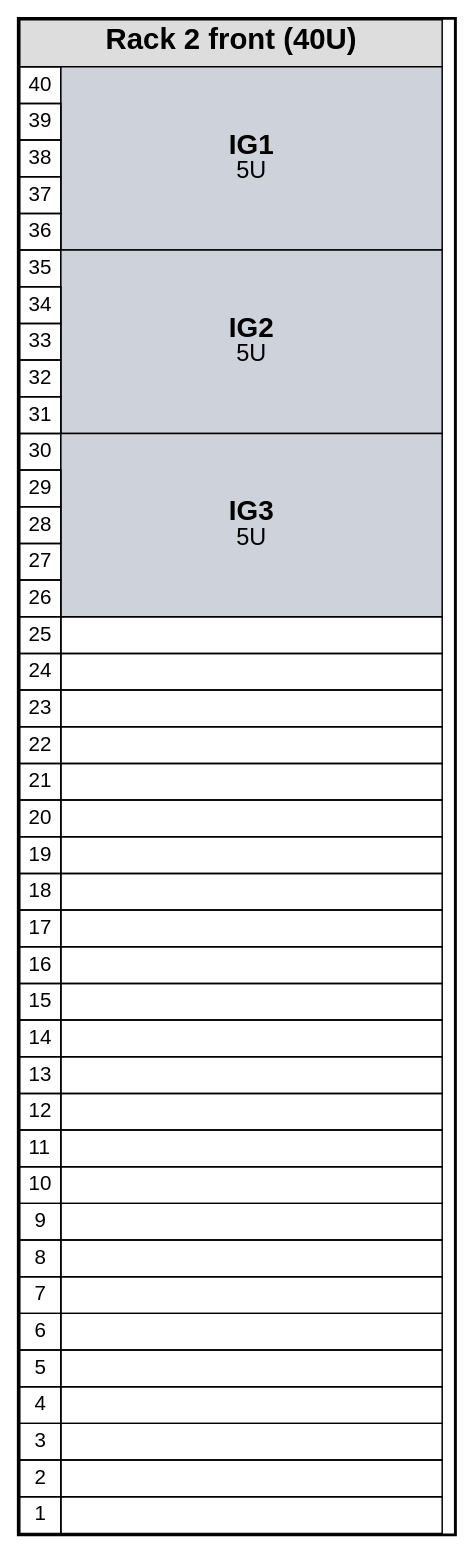
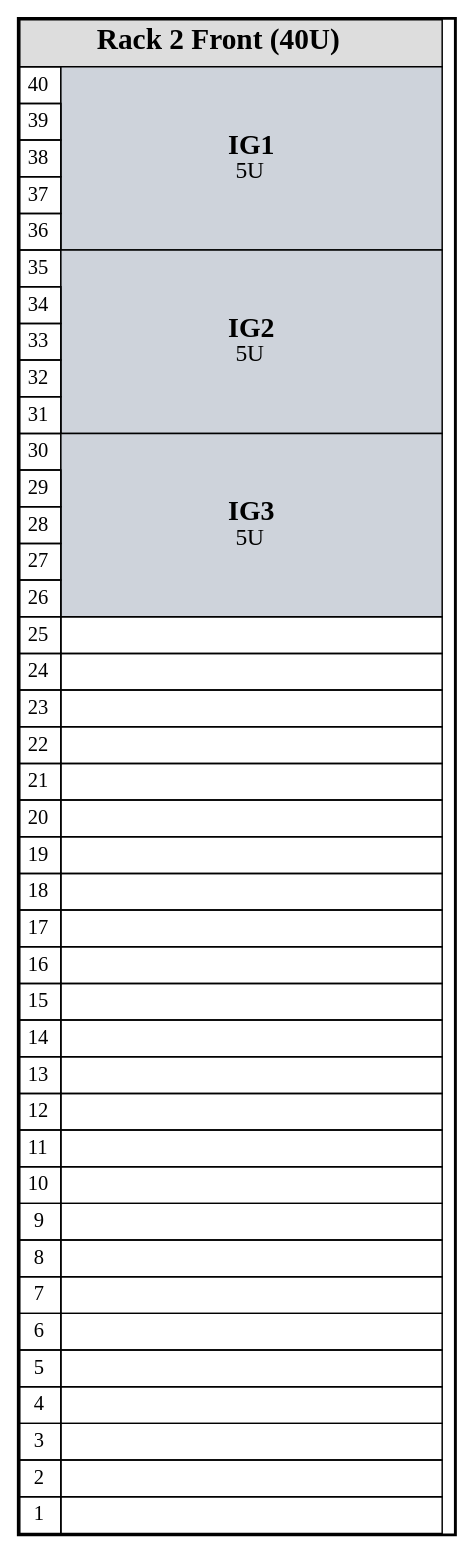
One commit to BenjiPestell/rack-diagram-demo changed the diagram in rack_rack2_front.dot. Above: the diagram before and after it, drawn with Graphviz. The commit also changed 11 other files, not shown here.

```diff
--- a/rack_rack2_front.dot
+++ b/rack_rack2_front.dot
@@ -1,183 +1,183 @@
 digraph "rack2_front" {
 
   graph [
     rankdir=TB,
     nodesep=0,
     ranksep=0,
     bgcolor="white"
   ];
 
   node [
     shape=plain,
-    fontname="Arial"
+    fontname="Sinkin Sans"
   ];
 
   rack2_front [
     label=<
 
 <TABLE
   BORDER="2"
   CELLBORDER="1"
   CELLSPACING="0"
   CELLPADDING="4"
   WIDTH="300"
 >
 
 <TR>
-<TD COLSPAN="3" BGCOLOR="#DDDDDD"><FONT POINT-SIZE="20"><B>Rack 2 front (40U)</B></FONT></TD>
+<TD COLSPAN="3" BGCOLOR="#DDDDDD"><FONT POINT-SIZE="20" FACE="Sinkin Sans"><B>Rack 2 Front (40U)</B></FONT></TD>
 </TR>
 <TR>
-<TD WIDTH="28">40</TD>
-<TD COLSPAN="2" ROWSPAN="5" BGCOLOR="#ced3db" WIDTH="260"><FONT POINT-SIZE="19"><B>IG1</B></FONT><BR/><FONT POINT-SIZE="16">5U</FONT></TD>
+<TD WIDTH="28"><FONT FACE="Sinkin Sans">40</FONT></TD>
+<TD COLSPAN="2" ROWSPAN="5" BGCOLOR="#ced3db" WIDTH="260"><FONT POINT-SIZE="19" FACE="Sinkin Sans"><B>IG1</B></FONT><BR/><FONT POINT-SIZE="16" FACE="Sinkin Sans">5U</FONT></TD>
 </TR>
 <TR>
-<TD WIDTH="28">39</TD>
+<TD WIDTH="28"><FONT FACE="Sinkin Sans">39</FONT></TD>
 </TR>
 <TR>
-<TD WIDTH="28">38</TD>
+<TD WIDTH="28"><FONT FACE="Sinkin Sans">38</FONT></TD>
 </TR>
 <TR>
-<TD WIDTH="28">37</TD>
+<TD WIDTH="28"><FONT FACE="Sinkin Sans">37</FONT></TD>
 </TR>
 <TR>
-<TD WIDTH="28">36</TD>
+<TD WIDTH="28"><FONT FACE="Sinkin Sans">36</FONT></TD>
 </TR>
 <TR>
-<TD WIDTH="28">35</TD>
-<TD COLSPAN="2" ROWSPAN="5" BGCOLOR="#ced3db" WIDTH="260"><FONT POINT-SIZE="19"><B>IG2</B></FONT><BR/><FONT POINT-SIZE="16">5U</FONT></TD>
+<TD WIDTH="28"><FONT FACE="Sinkin Sans">35</FONT></TD>
+<TD COLSPAN="2" ROWSPAN="5" BGCOLOR="#ced3db" WIDTH="260"><FONT POINT-SIZE="19" FACE="Sinkin Sans"><B>IG2</B></FONT><BR/><FONT POINT-SIZE="16" FACE="Sinkin Sans">5U</FONT></TD>
 </TR>
 <TR>
-<TD WIDTH="28">34</TD>
+<TD WIDTH="28"><FONT FACE="Sinkin Sans">34</FONT></TD>
 </TR>
 <TR>
-<TD WIDTH="28">33</TD>
+<TD WIDTH="28"><FONT FACE="Sinkin Sans">33</FONT></TD>
 </TR>
 <TR>
-<TD WIDTH="28">32</TD>
+<TD WIDTH="28"><FONT FACE="Sinkin Sans">32</FONT></TD>
 </TR>
 <TR>
-<TD WIDTH="28">31</TD>
+<TD WIDTH="28"><FONT FACE="Sinkin Sans">31</FONT></TD>
 </TR>
 <TR>
-<TD WIDTH="28">30</TD>
-<TD COLSPAN="2" ROWSPAN="5" BGCOLOR="#ced3db" WIDTH="260"><FONT POINT-SIZE="19"><B>IG3</B></FONT><BR/><FONT POINT-SIZE="16">5U</FONT></TD>
+<TD WIDTH="28"><FONT FACE="Sinkin Sans">30</FONT></TD>
+<TD COLSPAN="2" ROWSPAN="5" BGCOLOR="#ced3db" WIDTH="260"><FONT POINT-SIZE="19" FACE="Sinkin Sans"><B>IG3</B></FONT><BR/><FONT POINT-SIZE="16" FACE="Sinkin Sans">5U</FONT></TD>
 </TR>
 <TR>
-<TD WIDTH="28">29</TD>
+<TD WIDTH="28"><FONT FACE="Sinkin Sans">29</FONT></TD>
 </TR>
 <TR>
-<TD WIDTH="28">28</TD>
+<TD WIDTH="28"><FONT FACE="Sinkin Sans">28</FONT></TD>
 </TR>
 <TR>
-<TD WIDTH="28">27</TD>
+<TD WIDTH="28"><FONT FACE="Sinkin Sans">27</FONT></TD>
 </TR>
 <TR>
-<TD WIDTH="28">26</TD>
+<TD WIDTH="28"><FONT FACE="Sinkin Sans">26</FONT></TD>
 </TR>
 <TR>
-<TD WIDTH="28">25</TD>
+<TD WIDTH="28"><FONT FACE="Sinkin Sans">25</FONT></TD>
 <TD COLSPAN="2"></TD>
 </TR>
 <TR>
-<TD WIDTH="28">24</TD>
+<TD WIDTH="28"><FONT FACE="Sinkin Sans">24</FONT></TD>
 <TD COLSPAN="2"></TD>
 </TR>
 <TR>
-<TD WIDTH="28">23</TD>
+<TD WIDTH="28"><FONT FACE="Sinkin Sans">23</FONT></TD>
 <TD COLSPAN="2"></TD>
 </TR>
 <TR>
-<TD WIDTH="28">22</TD>
+<TD WIDTH="28"><FONT FACE="Sinkin Sans">22</FONT></TD>
 <TD COLSPAN="2"></TD>
 </TR>
 <TR>
-<TD WIDTH="28">21</TD>
+<TD WIDTH="28"><FONT FACE="Sinkin Sans">21</FONT></TD>
 <TD COLSPAN="2"></TD>
 </TR>
 <TR>
-<TD WIDTH="28">20</TD>
+<TD WIDTH="28"><FONT FACE="Sinkin Sans">20</FONT></TD>
 <TD COLSPAN="2"></TD>
 </TR>
 <TR>
-<TD WIDTH="28">19</TD>
+<TD WIDTH="28"><FONT FACE="Sinkin Sans">19</FONT></TD>
 <TD COLSPAN="2"></TD>
 </TR>
 <TR>
-<TD WIDTH="28">18</TD>
+<TD WIDTH="28"><FONT FACE="Sinkin Sans">18</FONT></TD>
 <TD COLSPAN="2"></TD>
 </TR>
 <TR>
-<TD WIDTH="28">17</TD>
+<TD WIDTH="28"><FONT FACE="Sinkin Sans">17</FONT></TD>
 <TD COLSPAN="2"></TD>
 </TR>
 <TR>
-<TD WIDTH="28">16</TD>
+<TD WIDTH="28"><FONT FACE="Sinkin Sans">16</FONT></TD>
 <TD COLSPAN="2"></TD>
 </TR>
 <TR>
-<TD WIDTH="28">15</TD>
+<TD WIDTH="28"><FONT FACE="Sinkin Sans">15</FONT></TD>
 <TD COLSPAN="2"></TD>
 </TR>
 <TR>
-<TD WIDTH="28">14</TD>
+<TD WIDTH="28"><FONT FACE="Sinkin Sans">14</FONT></TD>
 <TD COLSPAN="2"></TD>
 </TR>
 <TR>
-<TD WIDTH="28">13</TD>
+<TD WIDTH="28"><FONT FACE="Sinkin Sans">13</FONT></TD>
 <TD COLSPAN="2"></TD>
 </TR>
 <TR>
-<TD WIDTH="28">12</TD>
+<TD WIDTH="28"><FONT FACE="Sinkin Sans">12</FONT></TD>
 <TD COLSPAN="2"></TD>
 </TR>
 <TR>
-<TD WIDTH="28">11</TD>
+<TD WIDTH="28"><FONT FACE="Sinkin Sans">11</FONT></TD>
 <TD COLSPAN="2"></TD>
 </TR>
 <TR>
-<TD WIDTH="28">10</TD>
+<TD WIDTH="28"><FONT FACE="Sinkin Sans">10</FONT></TD>
 <TD COLSPAN="2"></TD>
 </TR>
 <TR>
-<TD WIDTH="28">9</TD>
+<TD WIDTH="28"><FONT FACE="Sinkin Sans">9</FONT></TD>
 <TD COLSPAN="2"></TD>
 </TR>
 <TR>
-<TD WIDTH="28">8</TD>
+<TD WIDTH="28"><FONT FACE="Sinkin Sans">8</FONT></TD>
 <TD COLSPAN="2"></TD>
 </TR>
 <TR>
-<TD WIDTH="28">7</TD>
+<TD WIDTH="28"><FONT FACE="Sinkin Sans">7</FONT></TD>
 <TD COLSPAN="2"></TD>
 </TR>
 <TR>
-<TD WIDTH="28">6</TD>
+<TD WIDTH="28"><FONT FACE="Sinkin Sans">6</FONT></TD>
 <TD COLSPAN="2"></TD>
 </TR>
 <TR>
-<TD WIDTH="28">5</TD>
+<TD WIDTH="28"><FONT FACE="Sinkin Sans">5</FONT></TD>
 <TD COLSPAN="2"></TD>
 </TR>
 <TR>
-<TD WIDTH="28">4</TD>
+<TD WIDTH="28"><FONT FACE="Sinkin Sans">4</FONT></TD>
 <TD COLSPAN="2"></TD>
 </TR>
 <TR>
-<TD WIDTH="28">3</TD>
+<TD WIDTH="28"><FONT FACE="Sinkin Sans">3</FONT></TD>
 <TD COLSPAN="2"></TD>
 </TR>
 <TR>
-<TD WIDTH="28">2</TD>
+<TD WIDTH="28"><FONT FACE="Sinkin Sans">2</FONT></TD>
 <TD COLSPAN="2"></TD>
 </TR>
 <TR>
-<TD WIDTH="28">1</TD>
+<TD WIDTH="28"><FONT FACE="Sinkin Sans">1</FONT></TD>
 <TD COLSPAN="2"></TD>
 </TR>
 
 </TABLE>
 
 >
   ];
 
 }
```
